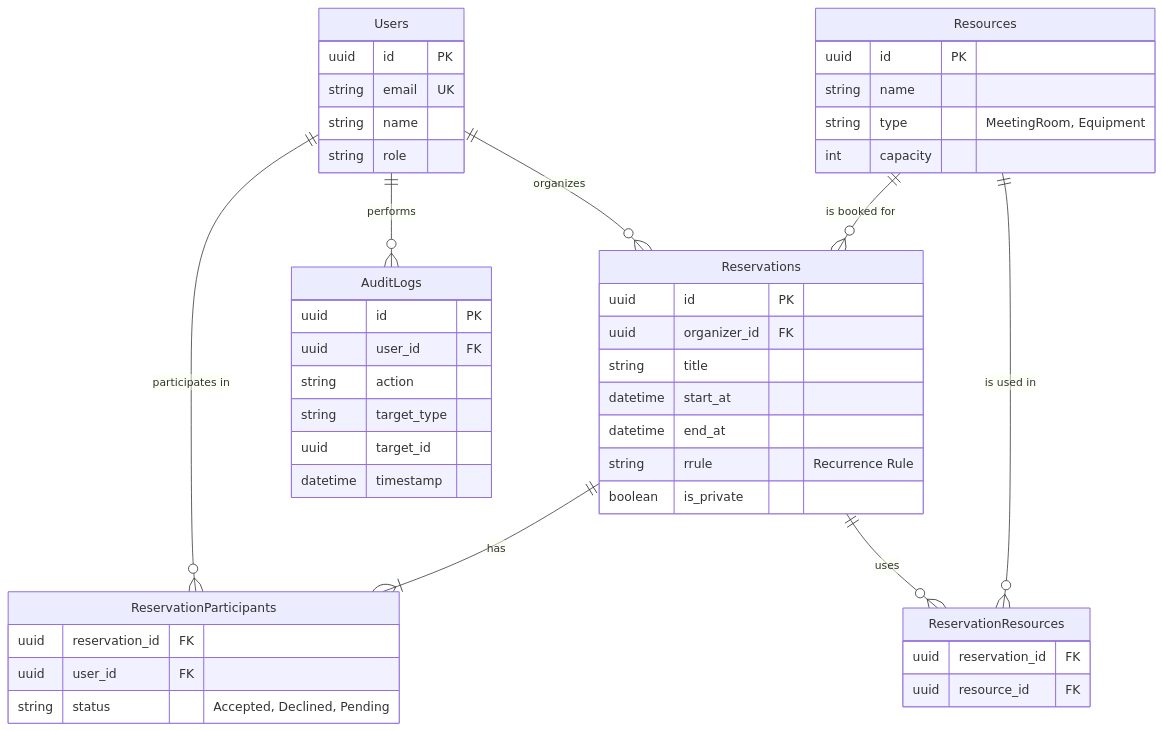
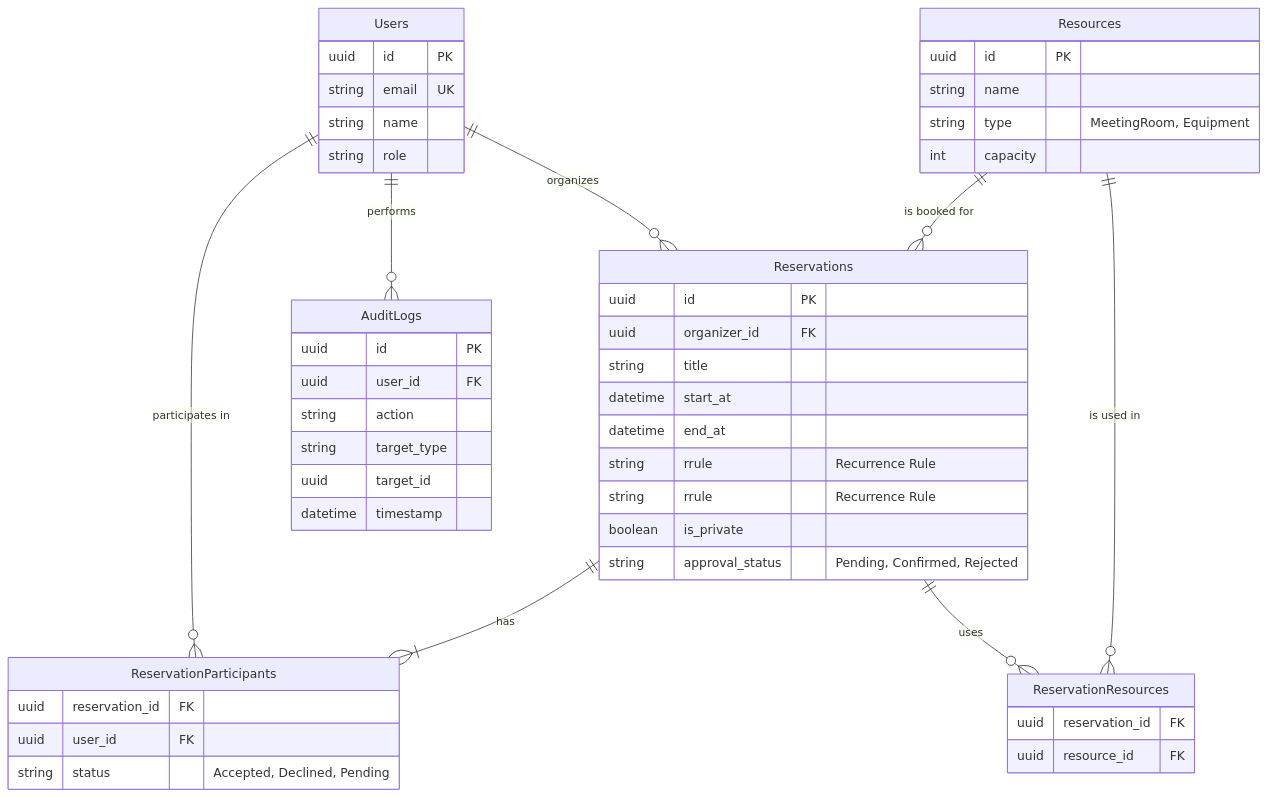
The second of 3 diagrams in docs/basic_design.md (zurustar/aiexb2), drawn with Mermaid before and after one commit. The commit also changed other lines of this file and 4 other files, not shown here.

````diff
--- a/docs/basic_design.md
+++ b/docs/basic_design.md
@@ -81,57 +84,59 @@
 ```mermaid
 erDiagram
     Users ||--o{ Reservations : "organizes"
     Users ||--o{ ReservationParticipants : "participates in"
     Users ||--o{ AuditLogs : "performs"
     
     Resources ||--o{ Reservations : "is booked for"
     
     Reservations ||--|{ ReservationParticipants : "has"
     Reservations ||--o{ ReservationResources : "uses"
     
     Resources ||--o{ ReservationResources : "is used in"
 
     Users {
         uuid id PK
         string email UK
         string name
         string role
     }
 
     Resources {
         uuid id PK
         string name
         string type "MeetingRoom, Equipment"
         int capacity
     }
 
     Reservations {
         uuid id PK
         uuid organizer_id FK
         string title
         datetime start_at
         datetime end_at
         string rrule "Recurrence Rule"
+        string rrule "Recurrence Rule"
         boolean is_private
+        string approval_status "Pending, Confirmed, Rejected"
     }
 
     ReservationParticipants {
         uuid reservation_id FK
         uuid user_id FK
         string status "Accepted, Declined, Pending"
     }
     
     ReservationResources {
         uuid reservation_id FK
         uuid resource_id FK
     }
 
     AuditLogs {
         uuid id PK
         uuid user_id FK
         string action
         string target_type
         uuid target_id
         datetime timestamp
     }
 ```
````
